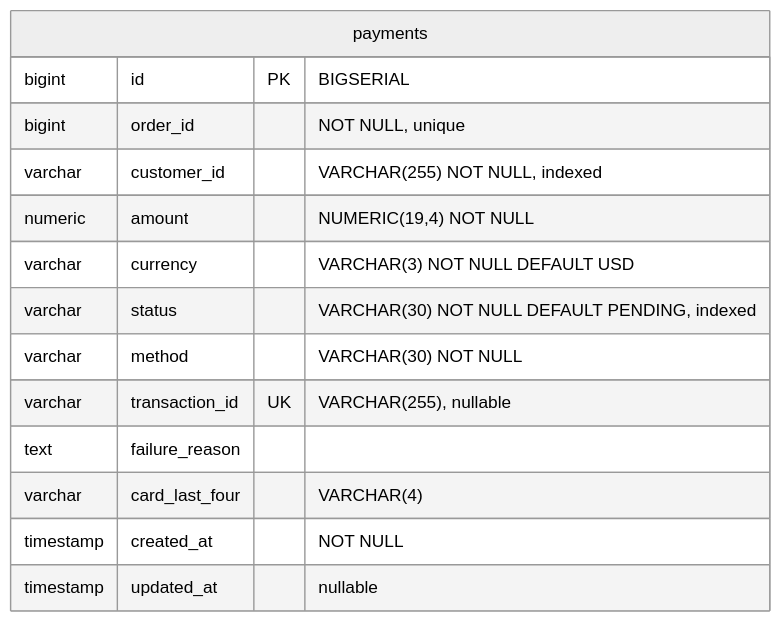
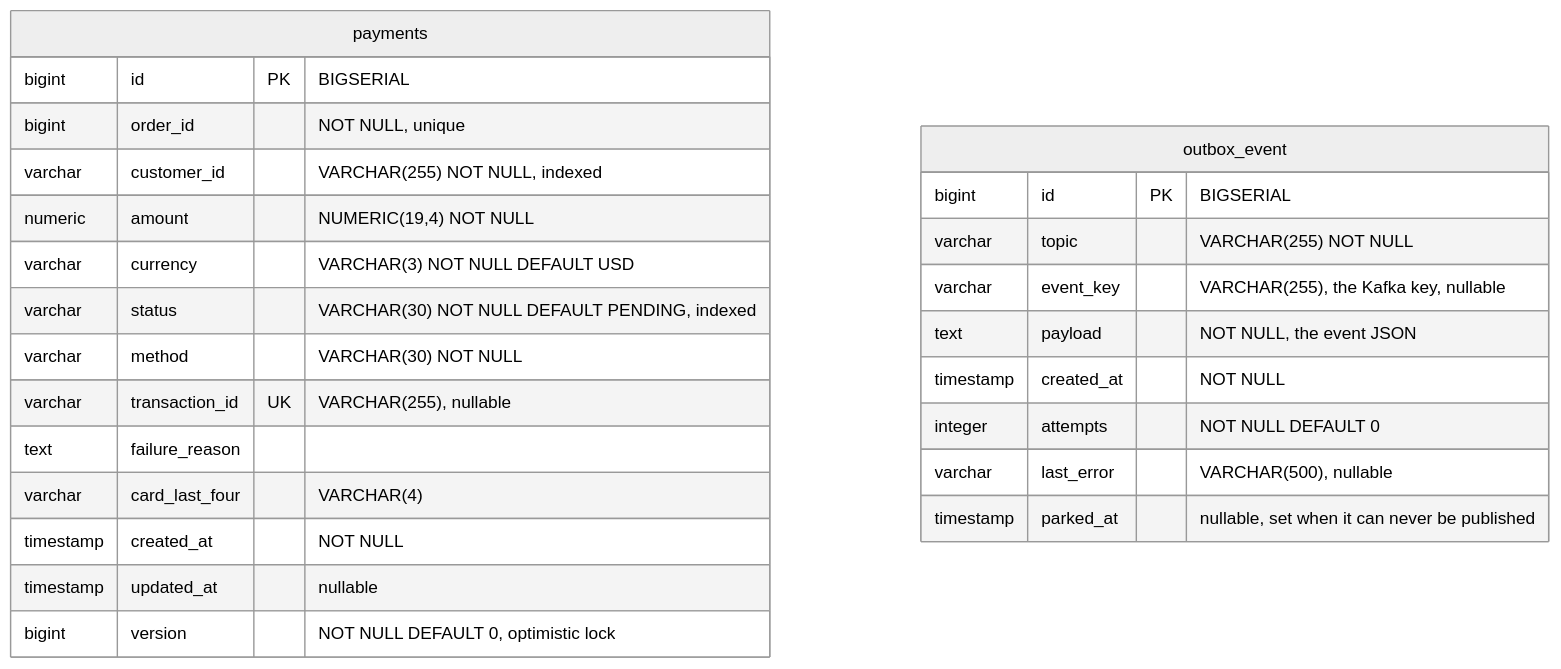
The third of 3 diagrams in docs/services/payment-service.md (bmcnpnr/ecommerce-platform), drawn with Mermaid (neutral theme) before and after one commit. The commit also changed other lines of this file and 58 other files, not shown here.

````diff
--- a/docs/services/payment-service.md
+++ b/docs/services/payment-service.md
@@ -263,17 +310,28 @@
 ```mermaid
 erDiagram
     payments {
         bigint id PK "BIGSERIAL"
         bigint order_id "NOT NULL, unique"
         varchar customer_id "VARCHAR(255) NOT NULL, indexed"
         numeric amount "NUMERIC(19,4) NOT NULL"
         varchar currency "VARCHAR(3) NOT NULL DEFAULT USD"
         varchar status "VARCHAR(30) NOT NULL DEFAULT PENDING, indexed"
         varchar method "VARCHAR(30) NOT NULL"
         varchar transaction_id UK "VARCHAR(255), nullable"
         text failure_reason
         varchar card_last_four "VARCHAR(4)"
         timestamp created_at "NOT NULL"
         timestamp updated_at "nullable"
+        bigint version "NOT NULL DEFAULT 0, optimistic lock"
+    }
+    outbox_event {
+        bigint id PK "BIGSERIAL"
+        varchar topic "VARCHAR(255) NOT NULL"
+        varchar event_key "VARCHAR(255), the Kafka key, nullable"
+        text payload "NOT NULL, the event JSON"
+        timestamp created_at "NOT NULL"
+        integer attempts "NOT NULL DEFAULT 0"
+        varchar last_error "VARCHAR(500), nullable"
+        timestamp parked_at "nullable, set when it can never be published"
     }
 ```
````
